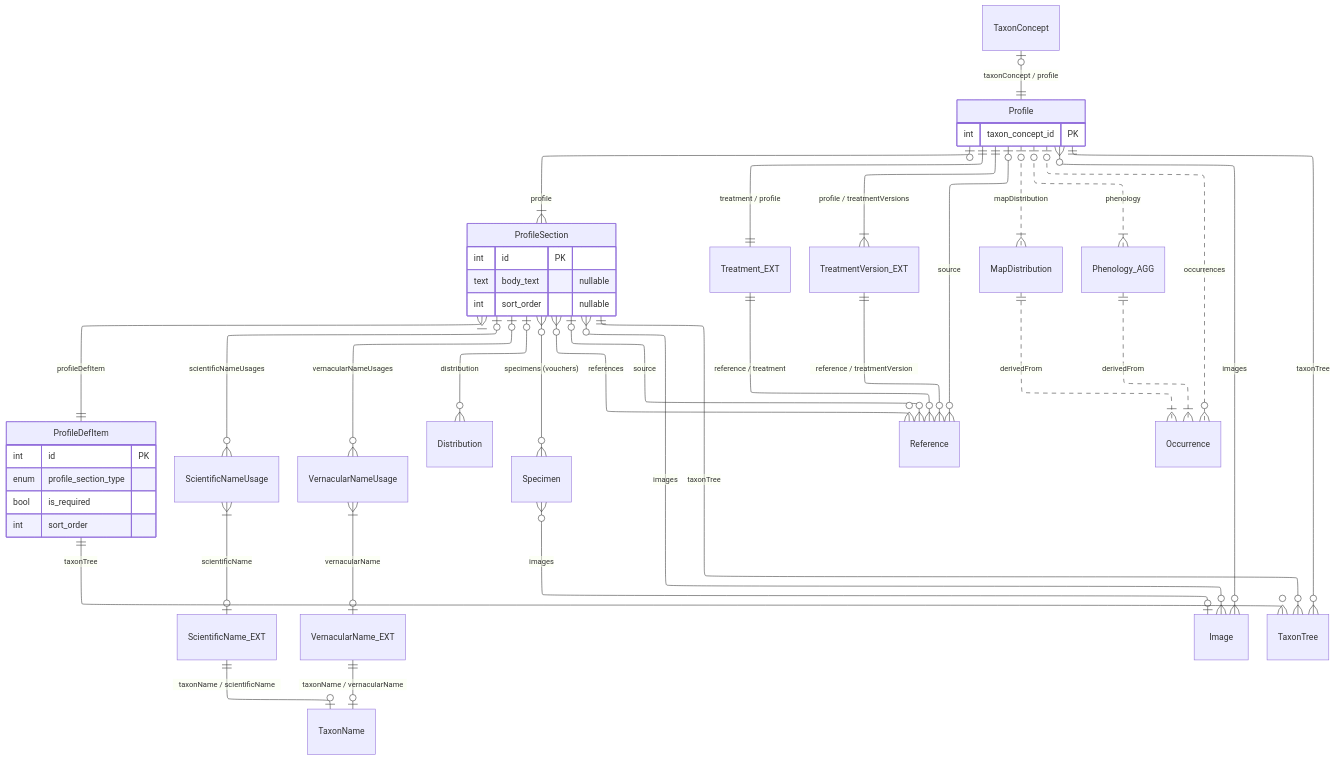
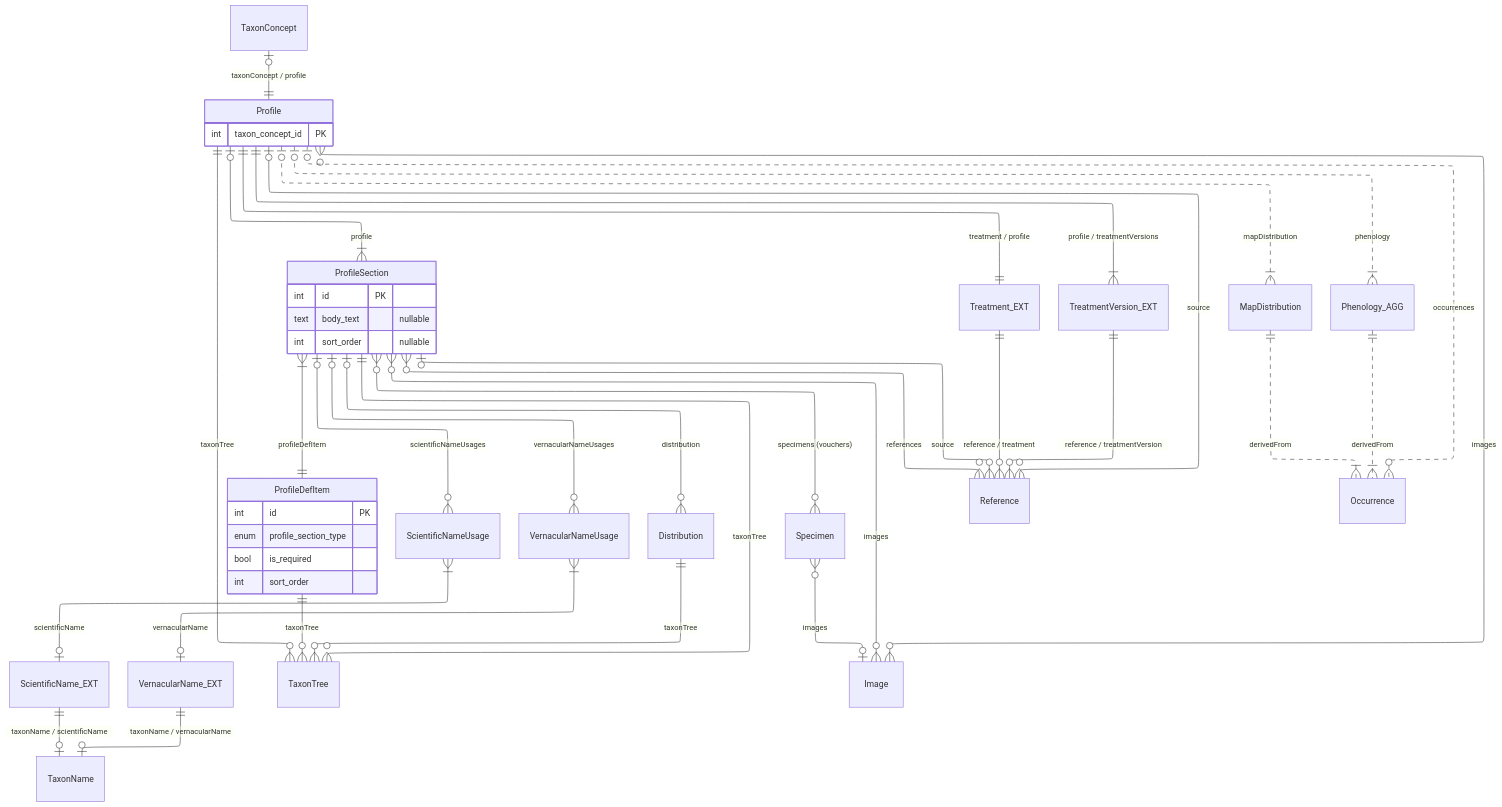
The diagram in source/_mermaid/layer-5a-profile.mmd (vicflora/vicflora-docs), drawn with Mermaid before and after one commit.

Commit message:
Commit uncommitted  changes before deployment

```diff
--- a/source/_mermaid/layer-5a-profile.mmd
+++ b/source/_mermaid/layer-5a-profile.mmd
@@ -1,69 +1,70 @@
 ---
 config:
     layout: elk
 ---
 erDiagram
   TaxonConcept |o--|| Profile : "taxonConcept / profile"
 
   %% Sections
   Profile |o--|{ ProfileSection : "profile"
   ProfileSection }|--|| ProfileDefItem : "profileDefItem"
 
   %% Nomenclature
   ProfileSection |o--o{ ScientificNameUsage : "scientificNameUsages"
   ScientificNameUsage }|--o| ScientificName_EXT : "scientificName"
   ScientificName_EXT ||--o| TaxonName : "taxonName / scientificName"
 
   %% Vernacular names
   ProfileSection |o--o{ VernacularNameUsage : "vernacularNameUsages"
   VernacularNameUsage }|--o| VernacularName_EXT : "vernacularName"
   VernacularName_EXT ||--o| TaxonName : "taxonName / vernacularName"
 
   %% Distribution
   ProfileSection |o--o{ Distribution : "distribution"
+  Distribution ||--o{ TaxonTree : "taxonTree"
 
   %% Vouchers
   ProfileSection }o--o{ Specimen : "specimens (vouchers)"
   Specimen }o--o| Image : "images"
 
   %% Media
   Profile }o--o{ Image : "images"
   ProfileSection }o--o{ Image : "images"
 
   %% References
   ProfileSection |o--o{ Reference : "source"
   Profile ||--|| Treatment_EXT : "treatment / profile"
   Treatment_EXT ||--o{ Reference : "reference / treatment" 
   Profile ||--|{ TreatmentVersion_EXT : "profile / treatmentVersions"
   TreatmentVersion_EXT ||--o{ Reference : "reference / treatmentVersion"
   Profile |o--o{ Reference : "source"
   ProfileSection }o--o{ Reference : "references"
 
   %% Namespace
   Profile ||--o{ TaxonTree : "taxonTree"
   ProfileSection ||--o{ TaxonTree : "taxonTree"
   ProfileDefItem ||--o{ TaxonTree : "taxonTree"
 
   %% Maps
   Profile |o..o{ Occurrence : "occurrences"
   Profile |o..|{ MapDistribution : "mapDistribution"
   Profile |o..|{ Phenology_AGG : "phenology"
   MapDistribution ||..|{ Occurrence : "derivedFrom"
   Phenology_AGG ||..|{ Occurrence : "derivedFrom"
 
   Profile {
     int taxon_concept_id PK
   }
 
   ProfileDefItem {
     int id PK
     enum profile_section_type
     bool is_required
     int sort_order
   }
 
   ProfileSection {
     int id PK
     text body_text "nullable"
     int sort_order "nullable"
   }
```
